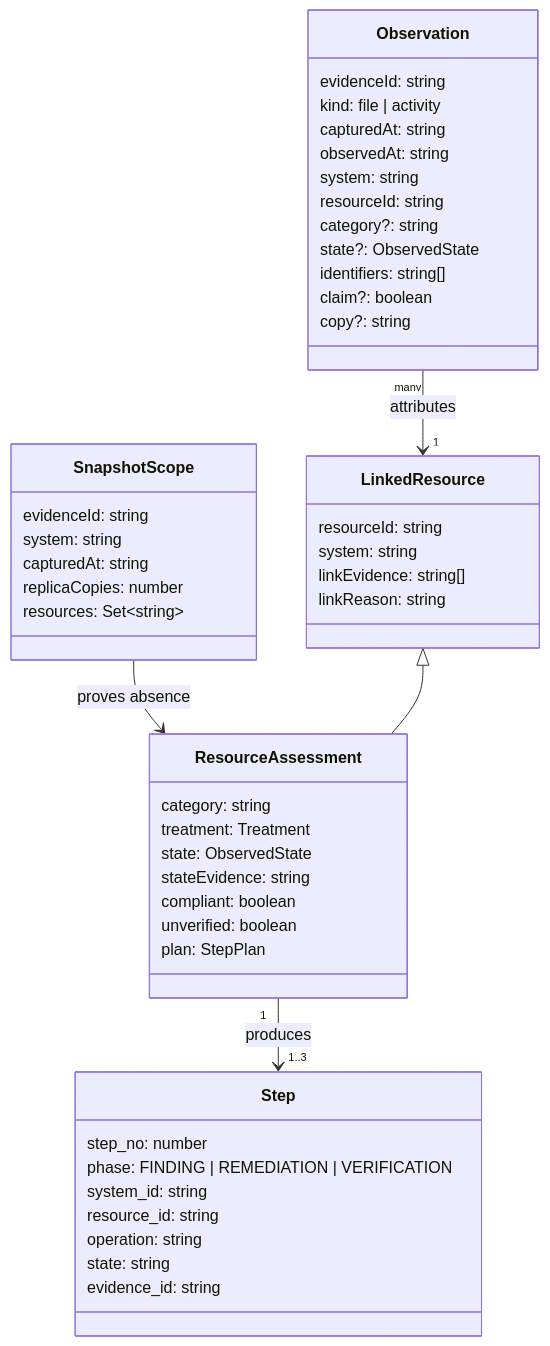
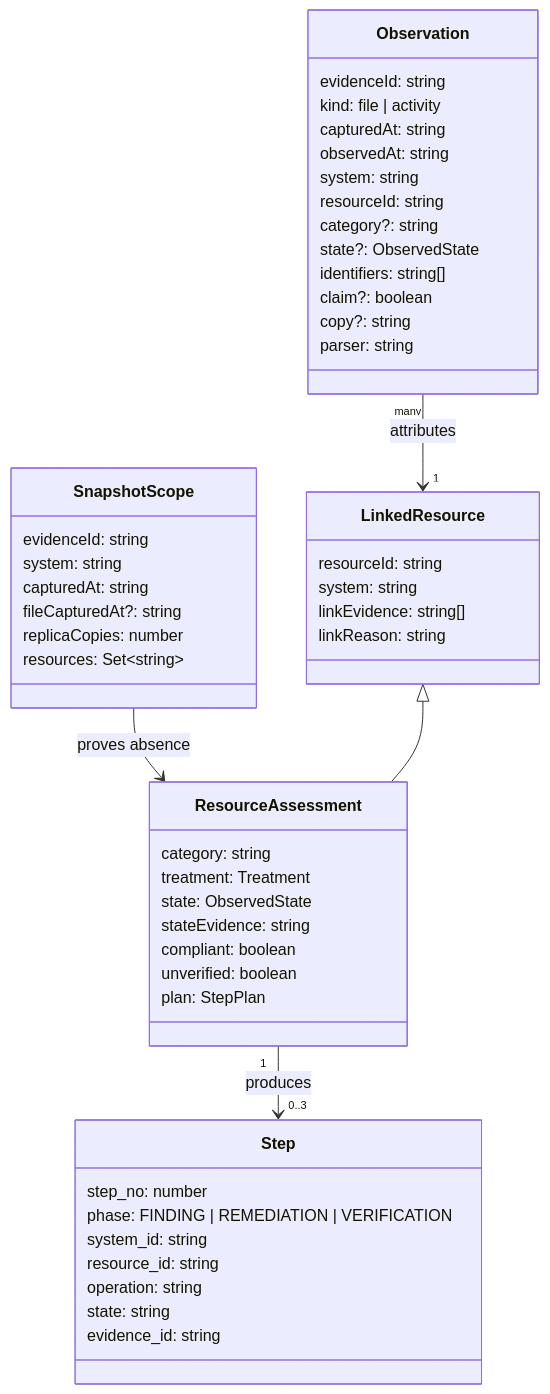
Before and after one commit to rtnsht/hackerrank-orchestrate-october26: the fifth of 14 diagrams in code/docs/ARCHITECTURE.md, drawn with Mermaid. The commit also changed other lines of this file and 20 other files, not shown here.

````diff
--- a/code/docs/ARCHITECTURE.md
+++ b/code/docs/ARCHITECTURE.md
@@ -322,51 +333,53 @@
 ```mermaid
 classDiagram
     class Observation {
         evidenceId: string
         kind: file | activity
         capturedAt: string
         observedAt: string
         system: string
         resourceId: string
         category?: string
         state?: ObservedState
         identifiers: string[]
         claim?: boolean
         copy?: string
+        parser: string
     }
     class SnapshotScope {
         evidenceId: string
         system: string
         capturedAt: string
+        fileCapturedAt?: string
         replicaCopies: number
         resources: Set~string~
     }
     class LinkedResource {
         resourceId: string
         system: string
         linkEvidence: string[]
         linkReason: string
     }
     class ResourceAssessment {
         category: string
         treatment: Treatment
         state: ObservedState
         stateEvidence: string
         compliant: boolean
         unverified: boolean
         plan: StepPlan
     }
     class Step {
         step_no: number
         phase: FINDING | REMEDIATION | VERIFICATION
         system_id: string
         resource_id: string
         operation: string
         state: string
         evidence_id: string
     }
     Observation "many" --> "1" LinkedResource : attributes
     SnapshotScope --> ResourceAssessment : proves absence
     LinkedResource <|-- ResourceAssessment
-    ResourceAssessment "1" --> "1..3" Step : produces
+    ResourceAssessment "1" --> "0..3" Step : produces
 ```
````
